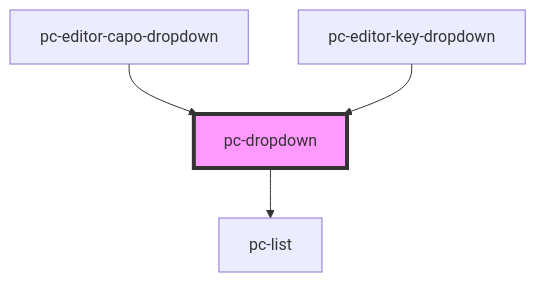
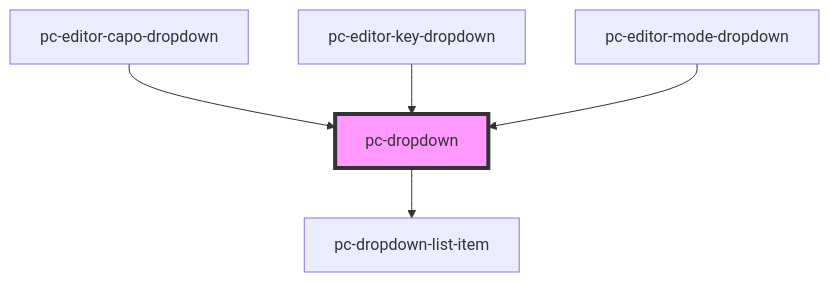
The diagram in packages/studio-components/src/components/dropdown/readme.md (bettermusic/studio), drawn with Mermaid before and after one commit. The commit also changed other lines of this file and 8 other files, not shown here.

````diff
--- a/packages/studio-components/src/components/dropdown/readme.md
+++ b/packages/studio-components/src/components/dropdown/readme.md
@@ -79,7 +80,8 @@
 ```mermaid
 graph TD;
-  pc-dropdown --> pc-list
+  pc-dropdown --> pc-dropdown-list-item
   pc-editor-capo-dropdown --> pc-dropdown
   pc-editor-key-dropdown --> pc-dropdown
+  pc-editor-mode-dropdown --> pc-dropdown
   style pc-dropdown fill:#f9f,stroke:#333,stroke-width:4px
 ```
````
